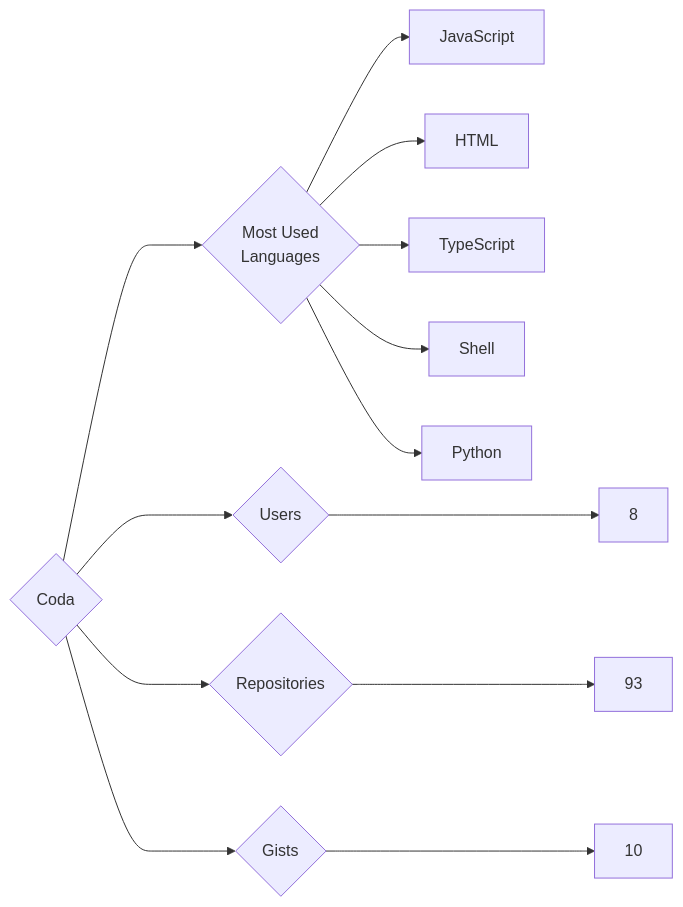
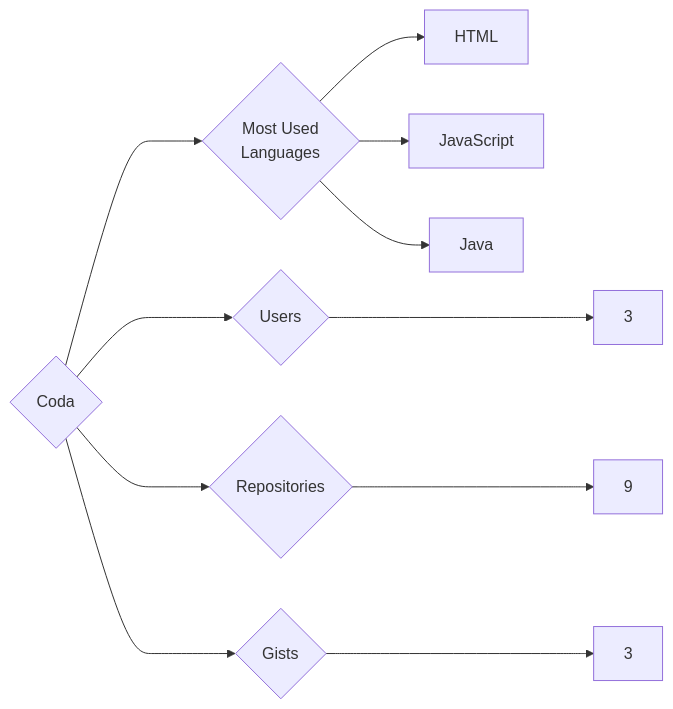
The diagram in targets/Coda/README.md (trickest/insiders), drawn with Mermaid before and after one commit. The commit also changed 1078 other files, not shown here.

````diff
--- a/targets/Coda/README.md
+++ b/targets/Coda/README.md
@@ -3,13 +3,11 @@
 ```mermaid
 graph LR
 COMPANY_NAME{Coda}
-COMPANY_NAME ---> U{Users} ---> UN[8]
-COMPANY_NAME ---> R{Repositories} ---> RN[93]
-COMPANY_NAME ---> G{Gists} ---> GN[10]
+COMPANY_NAME ---> U{Users} ---> UN[3]
+COMPANY_NAME ---> R{Repositories} ---> RN[9]
+COMPANY_NAME ---> G{Gists} ---> GN[3]
 COMPANY_NAME ---> ML{Most Used<br>Languages}
+ML --> HTML[HTML]
 ML --> JavaScript[JavaScript]
-ML --> HTML[HTML]
-ML --> TypeScript[TypeScript]
-ML --> Shell[Shell]
-ML --> Python[Python]
+ML --> Java[Java]
 ```
````
